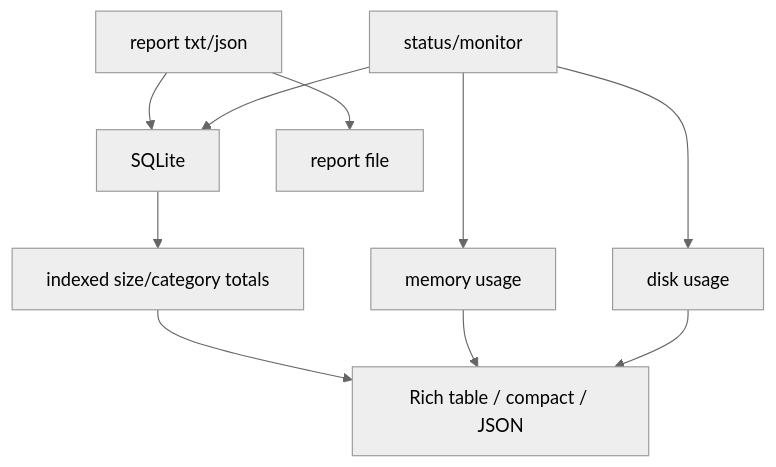
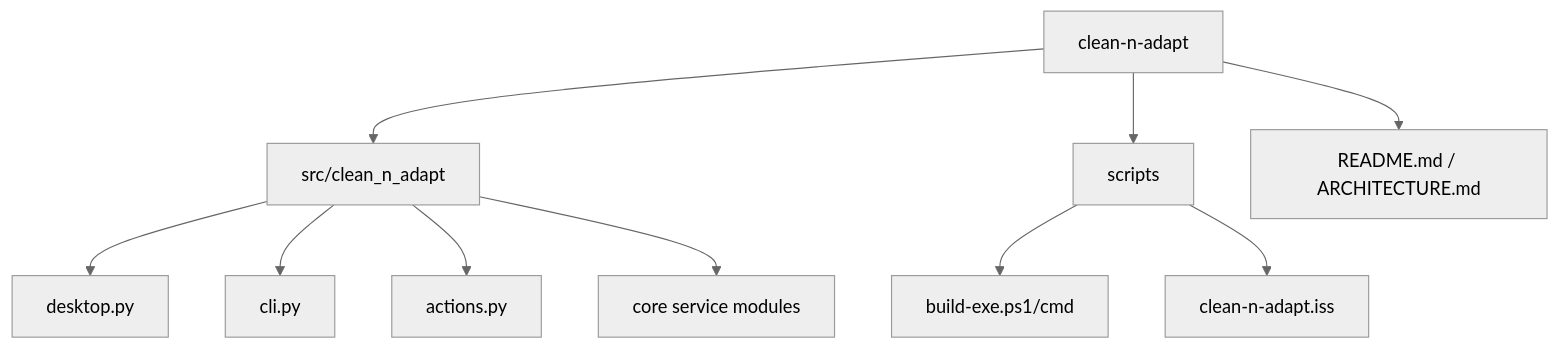
Before and after one commit to snehil-pandey/clean-n-adapt: the tenth of 10 diagrams in ARCHITECTURE.md, drawn with Mermaid (neutral theme). The commit also changed other lines of this file and 10 other files, not shown here.

````diff
--- a/ARCHITECTURE.md
+++ b/ARCHITECTURE.md
@@ -161,12 +151,12 @@
 ```mermaid
 flowchart TD
-    Monitor["status/monitor"] --> DB["SQLite"]
-    Monitor --> Disk["disk usage"]
-    Monitor --> Memory["memory usage"]
-    DB --> Categories["indexed size/category totals"]
-    Disk --> Output["Rich table / compact / JSON"]
-    Memory --> Output
-    Categories --> Output
-    Report["report txt/json"] --> DB
-    Report --> OutputFile["report file"]
+    Repo["clean-n-adapt"] --> Src["src/clean_n_adapt"]
+    Src --> Desktop["desktop.py"]
+    Src --> CLI["cli.py"]
+    Src --> Actions["actions.py"]
+    Src --> Core["core service modules"]
+    Repo --> Scripts["scripts"]
+    Scripts --> Build["build-exe.ps1/cmd"]
+    Scripts --> Installer["clean-n-adapt.iss"]
+    Repo --> Docs["README.md / ARCHITECTURE.md"]
 ```
````
